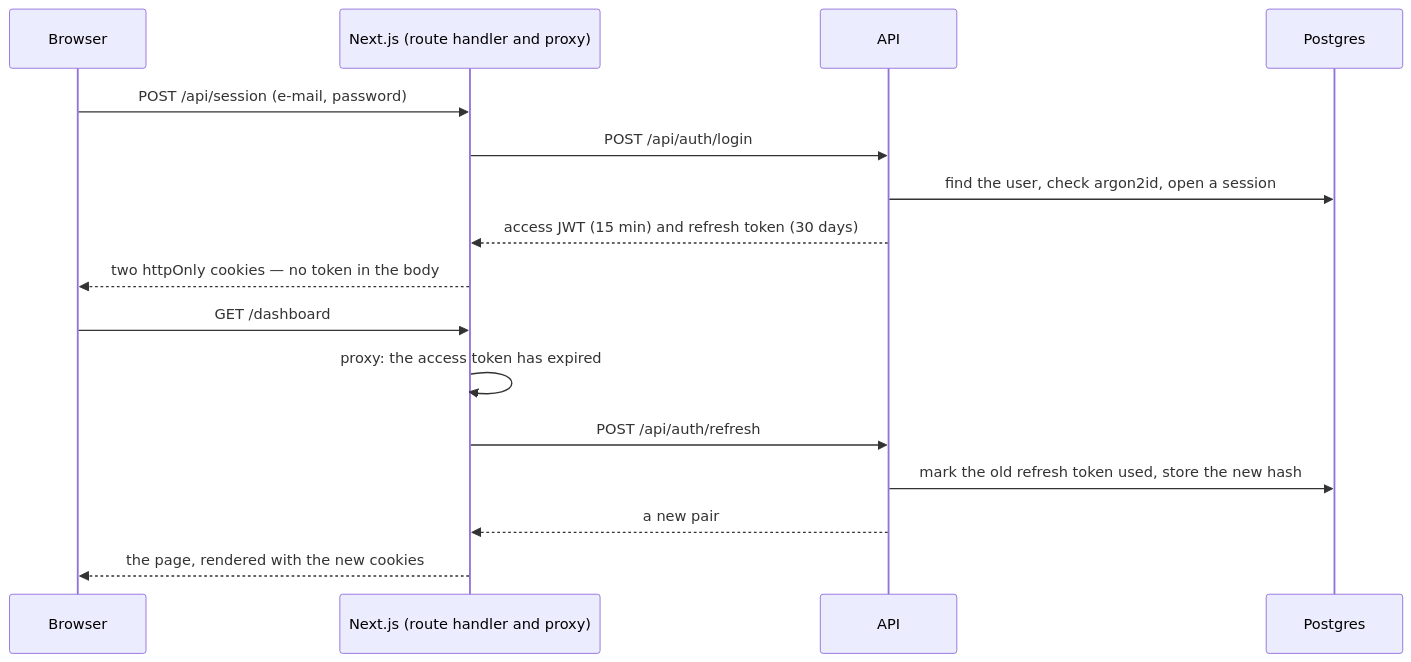
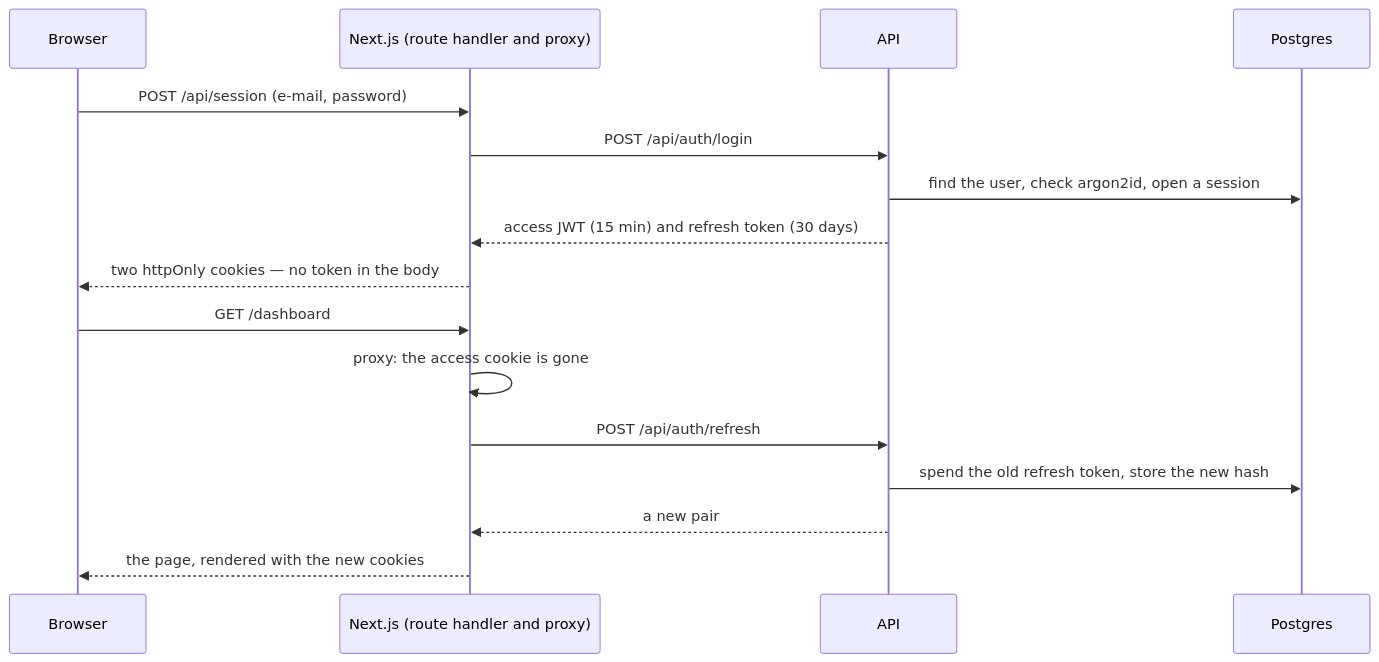
Before and after one commit to rafaelsrabelo/beelink-monorepo: the second of 2 diagrams in README.md, drawn with Mermaid. The commit also changed other lines of this file and 4 other files, not shown here.

````diff
--- a/README.md
+++ b/README.md
@@ -93,19 +143,19 @@
 ```mermaid
 sequenceDiagram
   participant B as Browser
   participant N as Next.js (route handler and proxy)
   participant A as API
   participant D as Postgres
 
   B->>N: POST /api/session (e-mail, password)
   N->>A: POST /api/auth/login
   A->>D: find the user, check argon2id, open a session
   A-->>N: access JWT (15 min) and refresh token (30 days)
   N-->>B: two httpOnly cookies — no token in the body
   B->>N: GET /dashboard
-  N->>N: proxy: the access token has expired
+  N->>N: proxy: the access cookie is gone
   N->>A: POST /api/auth/refresh
-  A->>D: mark the old refresh token used, store the new hash
+  A->>D: spend the old refresh token, store the new hash
   A-->>N: a new pair
   N-->>B: the page, rendered with the new cookies
 ```
````
